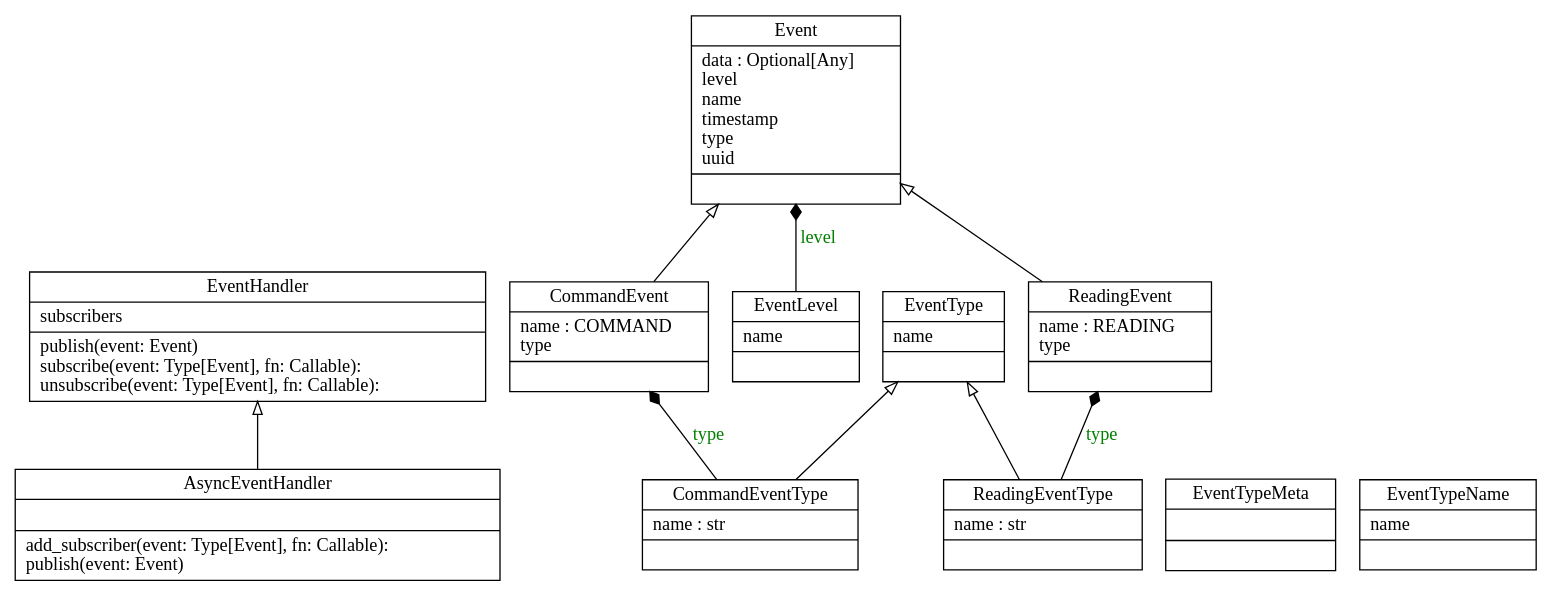
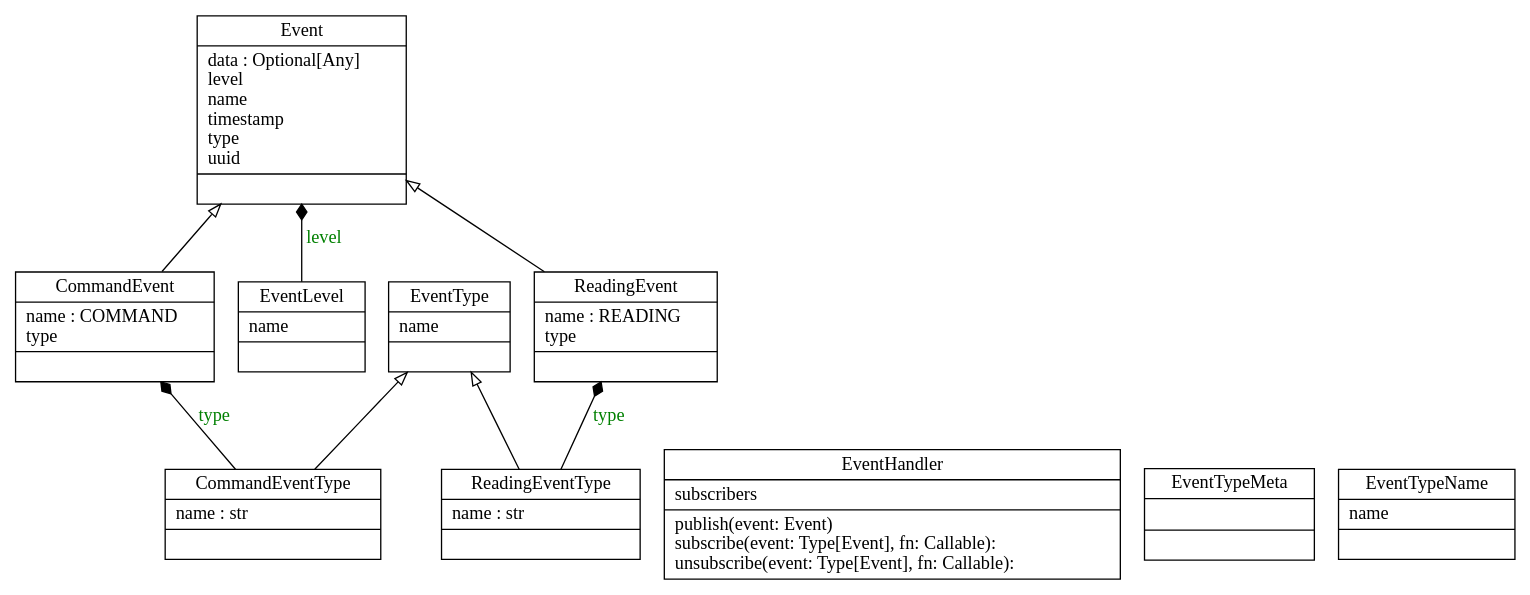
One commit to bonastreyair/iot-firmware changed the diagram in docs/graphs/classes_event.dot. Above: the diagram before and after it, drawn with Graphviz. The commit also changed 6 other files, not shown here.

```diff
--- a/docs/graphs/classes_event.dot
+++ b/docs/graphs/classes_event.dot
@@ -1,23 +1,21 @@
 digraph "classes_event" {
 rankdir=BT
 charset="utf-8"
-"iot_firmware.event.async_event.AsyncEventHandler" [color="black", fontcolor="black", label="{AsyncEventHandler|\l|add_subscriber(event: Type[Event], fn: Callable): \lpublish(event: Event)\l}", shape="record", style="solid"];
 "iot_firmware.event.basic.event.CommandEvent" [color="black", fontcolor="black", label="{CommandEvent|name : COMMAND\ltype\l|}", shape="record", style="solid"];
 "iot_firmware.event.basic.type.CommandEventType" [color="black", fontcolor="black", label="{CommandEventType|name : str\l|}", shape="record", style="solid"];
 "iot_firmware.event.event.Event" [color="black", fontcolor="black", label="{Event|data : Optional[Any]\llevel\lname\ltimestamp\ltype\luuid\l|}", shape="record", style="solid"];
 "iot_firmware.event.handler.EventHandler" [color="black", fontcolor="black", label="{EventHandler|subscribers\l|publish(event: Event)\lsubscribe(event: Type[Event], fn: Callable): \lunsubscribe(event: Type[Event], fn: Callable): \l}", shape="record", style="solid"];
 "iot_firmware.event.enum.EventLevel" [color="black", fontcolor="black", label="{EventLevel|name\l|}", shape="record", style="solid"];
 "iot_firmware.event.type.EventType" [color="black", fontcolor="black", label="{EventType|name\l|}", shape="record", style="solid"];
 "iot_firmware.event.type.EventTypeMeta" [color="black", fontcolor="black", label="{EventTypeMeta|\l|}", shape="record", style="solid"];
 "iot_firmware.event.enum.EventTypeName" [color="black", fontcolor="black", label="{EventTypeName|name\l|}", shape="record", style="solid"];
 "iot_firmware.event.basic.event.ReadingEvent" [color="black", fontcolor="black", label="{ReadingEvent|name : READING\ltype\l|}", shape="record", style="solid"];
 "iot_firmware.event.basic.type.ReadingEventType" [color="black", fontcolor="black", label="{ReadingEventType|name : str\l|}", shape="record", style="solid"];
-"iot_firmware.event.async_event.AsyncEventHandler" -> "iot_firmware.event.handler.EventHandler" [arrowhead="empty", arrowtail="none"];
 "iot_firmware.event.basic.event.CommandEvent" -> "iot_firmware.event.event.Event" [arrowhead="empty", arrowtail="none"];
 "iot_firmware.event.basic.event.ReadingEvent" -> "iot_firmware.event.event.Event" [arrowhead="empty", arrowtail="none"];
 "iot_firmware.event.basic.type.CommandEventType" -> "iot_firmware.event.type.EventType" [arrowhead="empty", arrowtail="none"];
 "iot_firmware.event.basic.type.ReadingEventType" -> "iot_firmware.event.type.EventType" [arrowhead="empty", arrowtail="none"];
 "iot_firmware.event.basic.type.CommandEventType" -> "iot_firmware.event.basic.event.CommandEvent" [arrowhead="diamond", arrowtail="none", fontcolor="green", label="type", style="solid"];
 "iot_firmware.event.basic.type.ReadingEventType" -> "iot_firmware.event.basic.event.ReadingEvent" [arrowhead="diamond", arrowtail="none", fontcolor="green", label="type", style="solid"];
 "iot_firmware.event.enum.EventLevel" -> "iot_firmware.event.event.Event" [arrowhead="diamond", arrowtail="none", fontcolor="green", label="level", style="solid"];
 }
```
